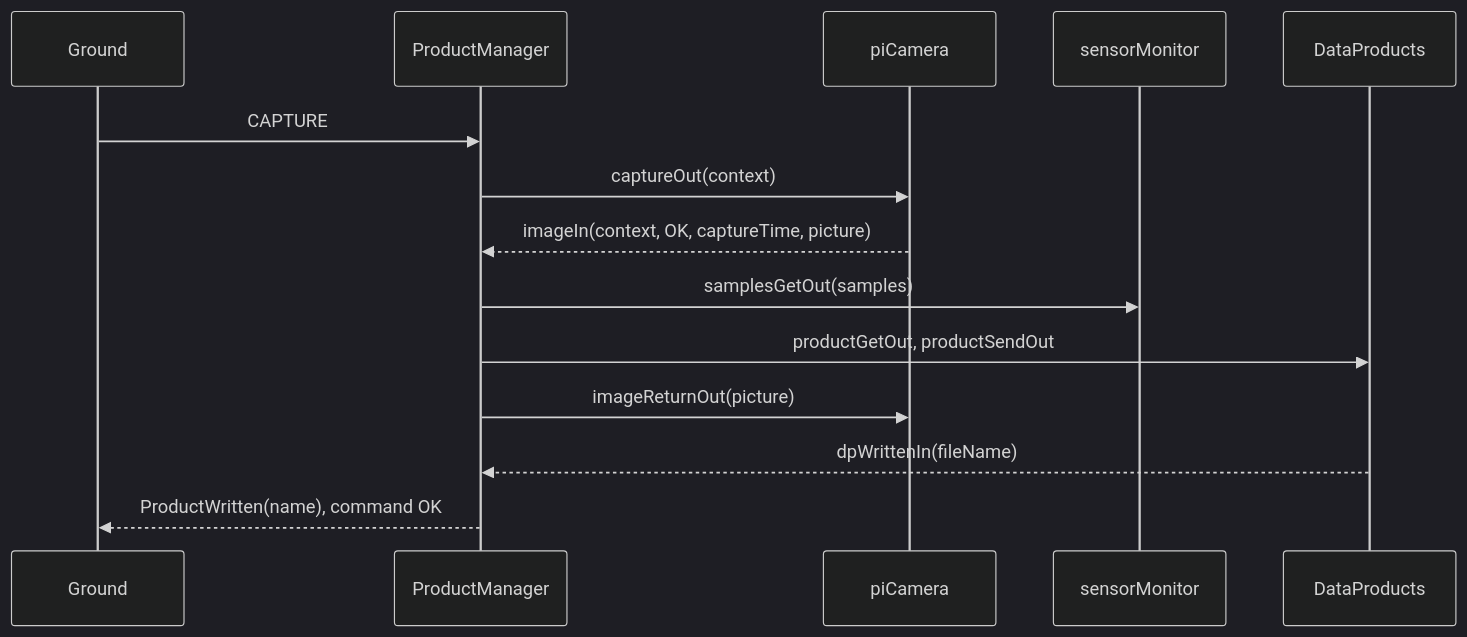
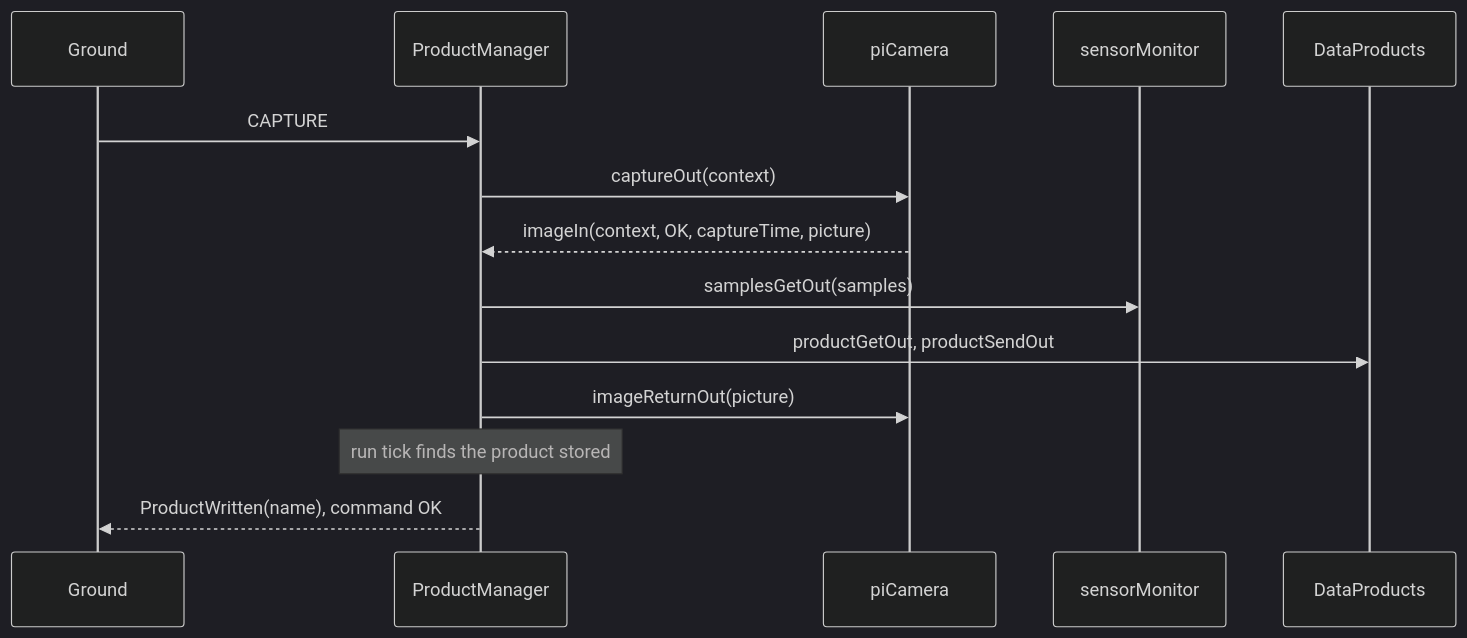
The second of 3 diagrams in Components/ProductManager/docs/sdd.md (lestarch-autobot/fprime-pi-sensor-reference), drawn with Mermaid (dark theme) before and after one commit. The commit also changed other lines of this file and 7 other files, not shown here.

````diff
--- a/Components/ProductManager/docs/sdd.md
+++ b/Components/ProductManager/docs/sdd.md
@@ -215,16 +226,16 @@
 ```mermaid
 sequenceDiagram
     participant G as Ground
     participant P as ProductManager
     participant C as piCamera
     participant S as sensorMonitor
     participant D as DataProducts
     G->>P: CAPTURE
     P->>C: captureOut(context)
     C-->>P: imageIn(context, OK, captureTime, picture)
     P->>S: samplesGetOut(samples)
     P->>D: productGetOut, productSendOut
     P->>C: imageReturnOut(picture)
-    D-->>P: dpWrittenIn(fileName)
+    Note over P: run tick finds the product stored
     P-->>G: ProductWritten(name), command OK
 ```
````
